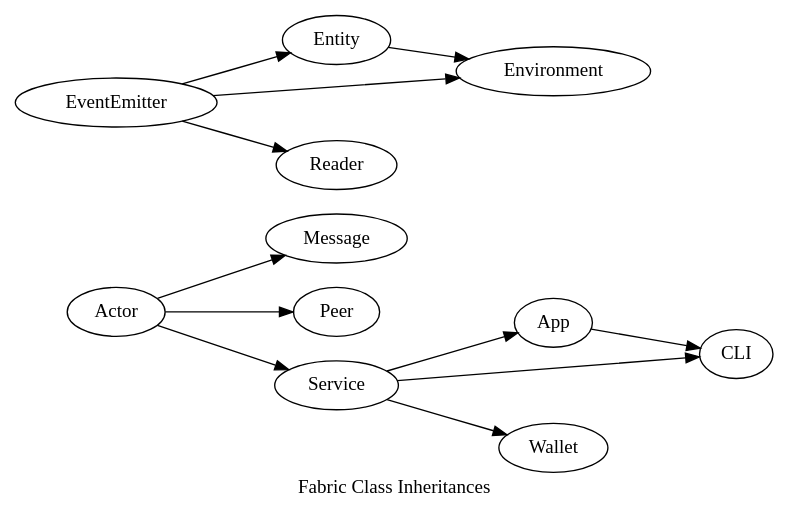
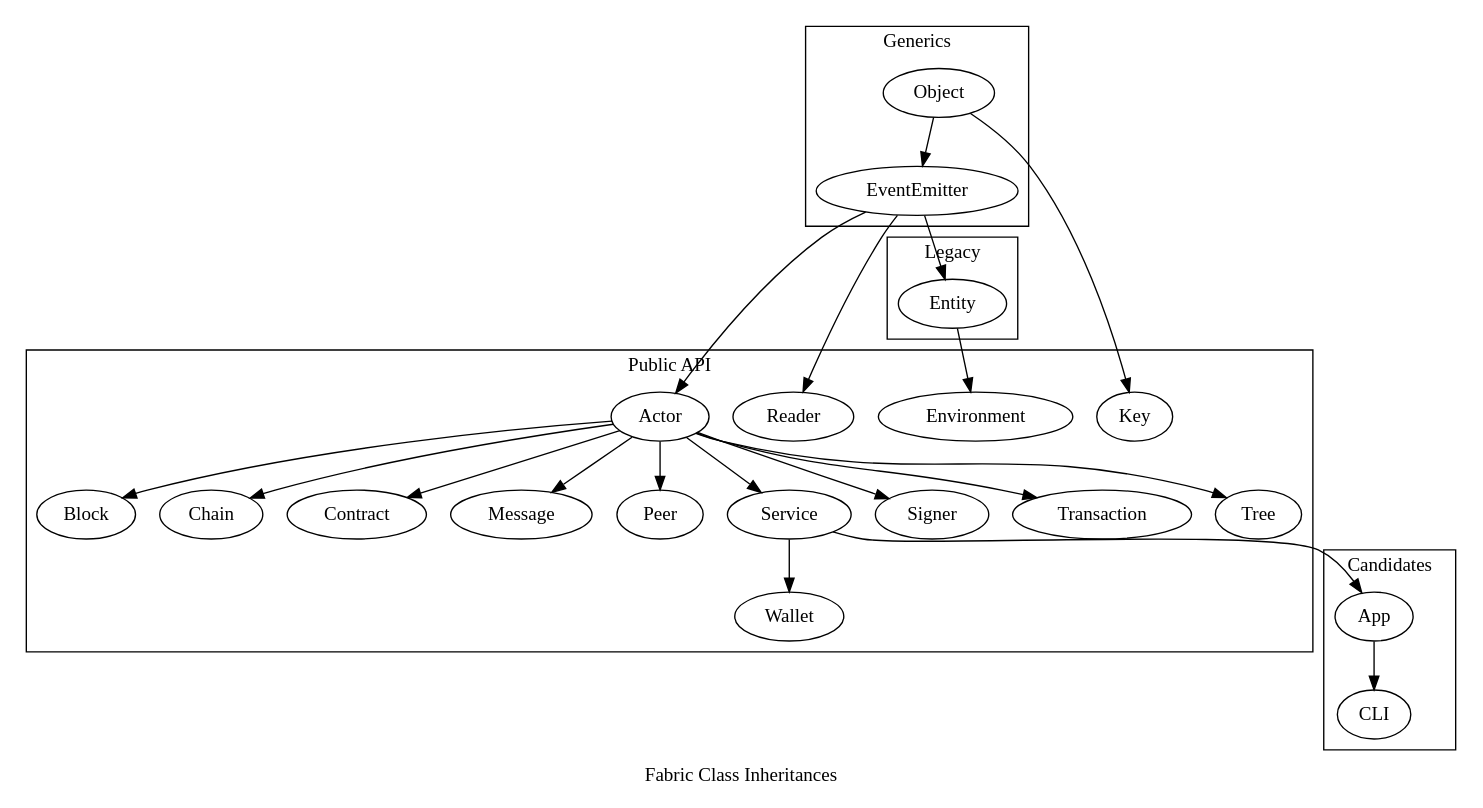
One commit to FabricLabs/fabric changed the diagram in contracts/classes.dot. Above: the diagram before and after it, drawn with Graphviz. The commit also changed 2 other files, not shown here.

Commit message:
Re-enable local Bitcoin service

```diff
--- a/contracts/classes.dot
+++ b/contracts/classes.dot
@@ -1,26 +1,70 @@
 digraph FabricClasses {
   label = "Fabric Class Inheritances"
-  rankdir = "LR"
+  rankdir = "TB"
+
+  subgraph cluster_generics {
+    label = "Generics"
+    "Object"
+    "EventEmitter"
+  }
+
+  subgraph cluster_core {
+    label = "Public API"
+    "Actor"
+    "Block"
+    "Chain"
+    "Contract"
+    "Environment"
+    "Key"
+    "Message"
+    "Peer"
+    "Reader"
+    "Service"
+    "Signer"
+    "Transaction"
+    "Tree"
+    "Wallet"
+  }
+
+  subgraph cluster_candidates {
+    label = "Candidates"
+    "App"
+    "CLI"
+  }
+
+  subgraph cluster_legacy {
+    label = "Legacy"
+    "Entity"
+  }
 
   "Actor" -> {
+    "Block"
+    "Chain"
+    "Contract"
     "Message"
     "Peer"
     "Service"
+    "Signer"
+    "Transaction"
+    "Tree"
   }
 
+  "App" -> {
+    "CLI"
+  }
+
+  "Entity" -> "Environment"
   "EventEmitter" -> {
-    "Entity" -> {
-      "Environment"
-    }
-
+    "Actor"
+    "Entity"
     "Reader"
   }
 
+  "Object" -> "EventEmitter"
+  "Object" -> "Key"
+
   "Service" -> {
-    "App" -> {
-      "CLI"
-    }
-
+    "App"
     "Wallet"
   }
 }
```
